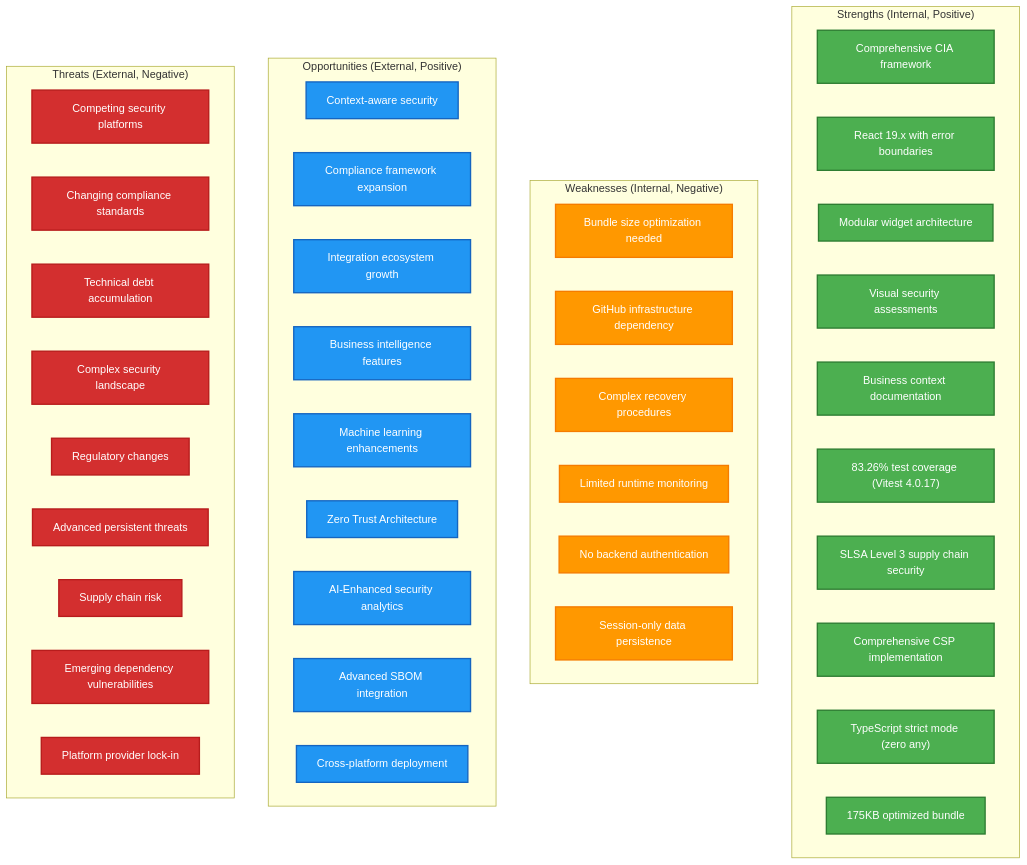
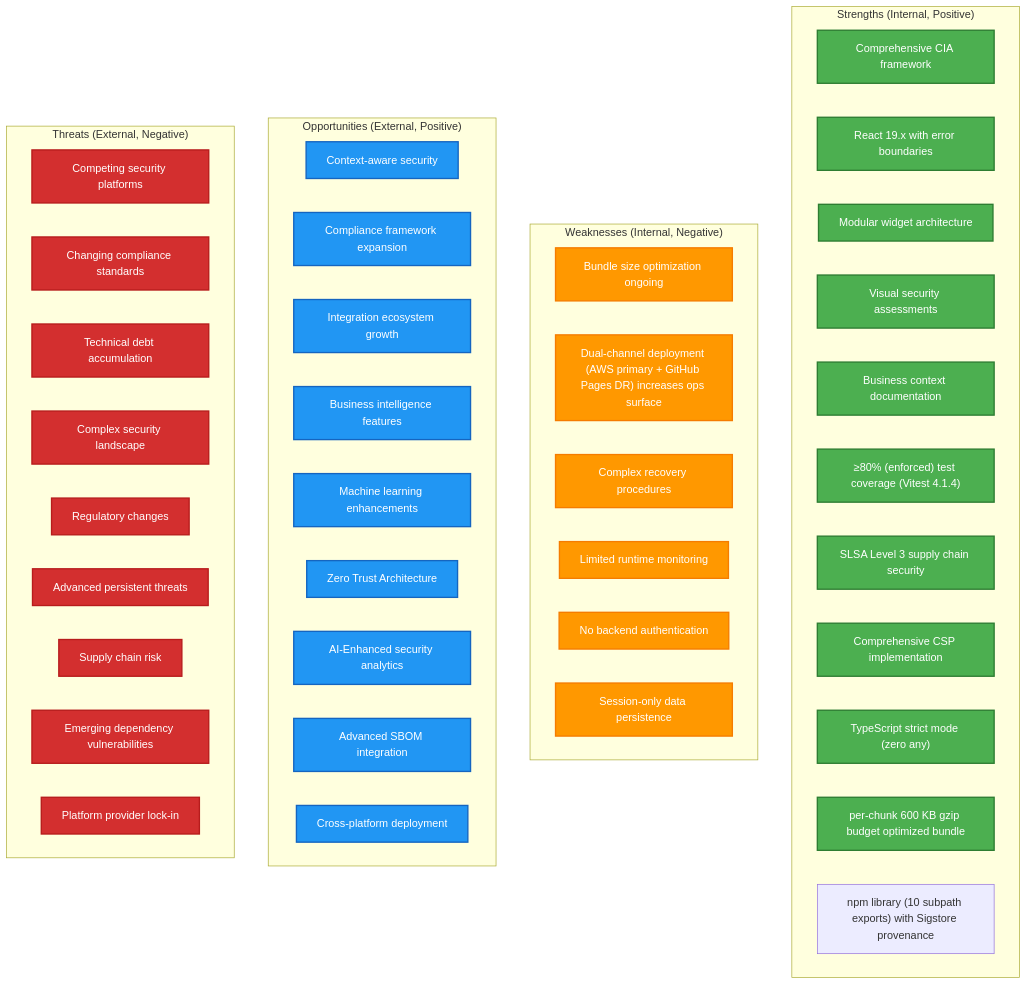
One commit to Hack23/cia-compliance-manager changed the second of 7 diagrams in docs/architecture/SWOT.md. Above: the diagram before and after it, drawn with Mermaid. The commit also changed other lines of this file and 3 other files, not shown here.

First line of the commit message:
docs: update SECURITY_ARCHITECTURE, SWOT, THREAT_MODEL, CRA-ASSESSMENT to v1.1.54

````diff
--- a/docs/architecture/SWOT.md
+++ b/docs/architecture/SWOT.md
@@ -96,59 +96,60 @@
 ```mermaid
 graph TD
     subgraph "Strengths (Internal, Positive)"
         S1["Comprehensive CIA framework"]
         S2["React 19.x with error boundaries"]
         S3["Modular widget architecture"]
         S4["Visual security assessments"]
         S5["Business context documentation"]
-        S6["83.26% test coverage (Vitest 4.0.17)"]
+        S6["≥80% (enforced) test coverage (Vitest 4.1.4)"]
         S7["SLSA Level 3 supply chain security"]
         S8["Comprehensive CSP implementation"]
         S9["TypeScript strict mode (zero any)"]
-        S10["175KB optimized bundle"]
+        S10["per-chunk 600 KB gzip budget optimized bundle"]
+        S11["npm library (10 subpath exports) with Sigstore provenance"]
     end
 
     subgraph "Weaknesses (Internal, Negative)"
-        W1["Bundle size optimization needed"]
-        W2["GitHub infrastructure dependency"]
+        W1["Bundle size optimization ongoing"]
+        W2["Dual-channel deployment (AWS primary + GitHub Pages DR) increases ops surface"]
         W3["Complex recovery procedures"]
         W4["Limited runtime monitoring"]
         W5["No backend authentication"]
         W6["Session-only data persistence"]
     end
 
     subgraph "Opportunities (External, Positive)"
         O1["Context-aware security"]
         O2["Compliance framework expansion"]
         O3["Integration ecosystem growth"]
         O4["Business intelligence features"]
         O5["Machine learning enhancements"]
         O6["Zero Trust Architecture"]
         O7["AI-Enhanced security analytics"]
         O8["Advanced SBOM integration"]
         O9["Cross-platform deployment"]
     end
 
     subgraph "Threats (External, Negative)"
         T1["Competing security platforms"]
         T2["Changing compliance standards"]
         T3["Technical debt accumulation"]
         T4["Complex security landscape"]
         T5["Regulatory changes"]
         T6["Advanced persistent threats"]
         T7["Supply chain risk"]
         T8["Emerging dependency vulnerabilities"]
         T9["Platform provider lock-in"]
     end
 
     %% Style
     classDef strengths fill:#4CAF50,stroke:#2E7D32,stroke-width:2px,color:#ffffff
     classDef weaknesses fill:#FF9800,stroke:#F57C00,stroke-width:2px,color:#ffffff
     classDef opportunities fill:#2196F3,stroke:#1565C0,stroke-width:2px,color:#ffffff
     classDef threats fill:#D32F2F,stroke:#B71C1C,stroke-width:2px,color:#ffffff
 
     class S1,S2,S3,S4,S5,S6,S7,S8,S9,S10 strengths
     class W1,W2,W3,W4,W5,W6 weaknesses
     class O1,O2,O3,O4,O5,O6,O7,O8,O9 opportunities
     class T1,T2,T3,T4,T5,T6,T7,T8,T9 threats
 ```
````
